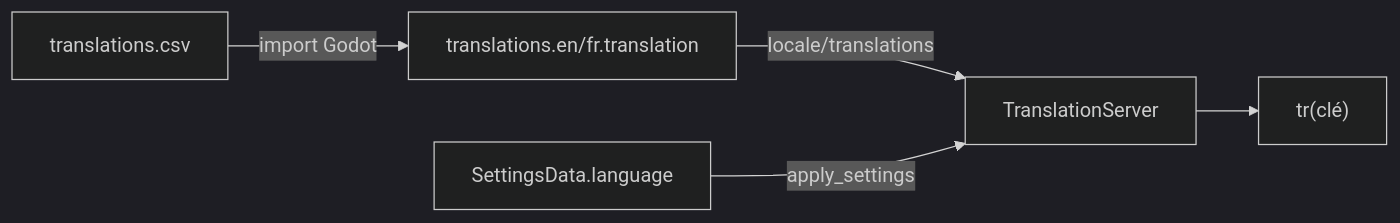
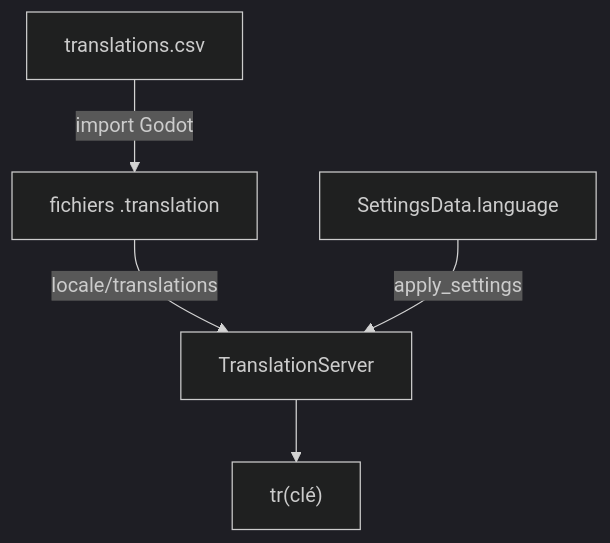
One commit to Cat-aclsym/documentation changed the diagram in src/content/docs/development/guides/i18n.md. Above: the diagram before and after it, drawn with Mermaid (dark theme). The commit also changed 51 other files, not shown here.

Commit message:
docs: Add game sprites, Starlight components and simpler diagrams, with green links and an indented sidebar.

````diff
--- a/src/content/docs/development/guides/i18n.md
+++ b/src/content/docs/development/guides/i18n.md
@@ -11,7 +11,7 @@
 ```mermaid
-flowchart LR
-	CSV[translations.csv] -->|import Godot| T[translations.en/fr.translation]
+flowchart TB
+	CSV[translations.csv] -->|import Godot| T[fichiers .translation]
 	T -->|locale/translations| TS[TranslationServer]
 	S[SettingsData.language] -->|apply_settings| TS
 	TS --> TR["tr(clé)"]
 ```
````
